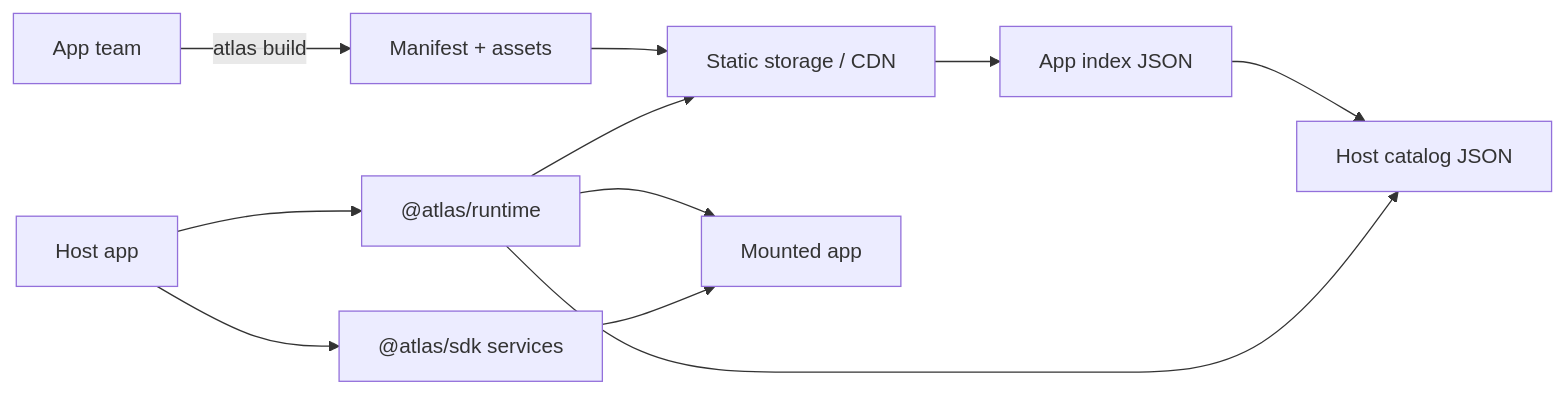
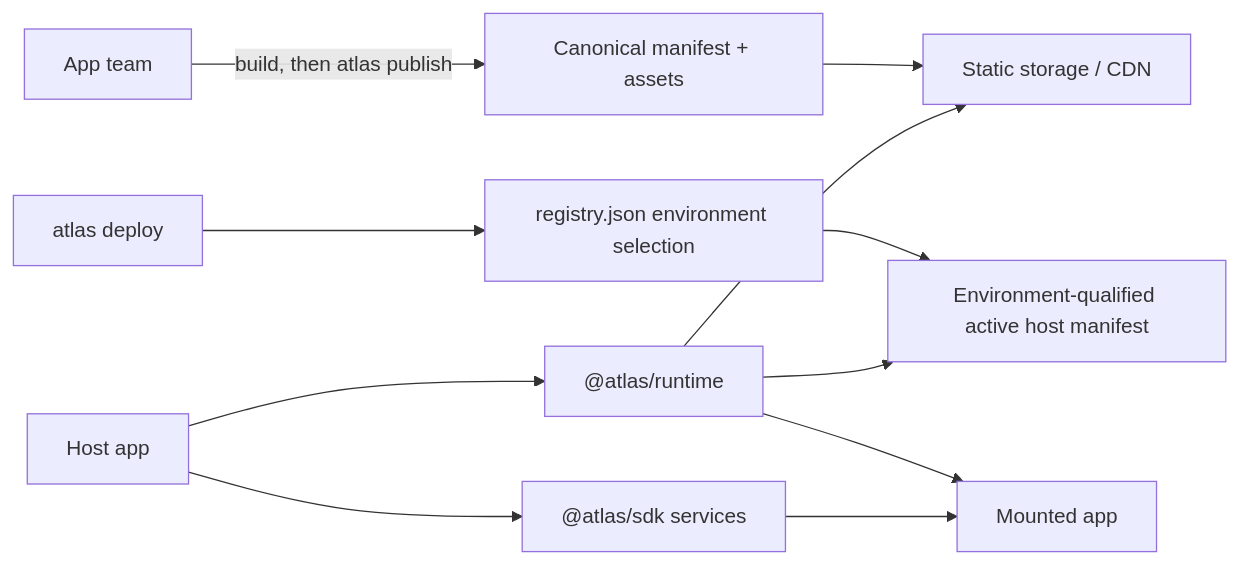
One commit to bendaj11/atlas changed the diagram in docs/overview.md. Above: the diagram before and after it, drawn with Mermaid. The commit also changed other lines of this file and 413 other files, not shown here.

First line of the commit message:
feat(platform): evolve app and host delivery

````diff
--- a/docs/overview.md
+++ b/docs/overview.md
@@ -27,13 +28,13 @@
 ```mermaid
 flowchart LR
-  AppTeam["App team"] -->|"atlas build"| Manifest["Manifest + assets"]
-  Manifest --> CDN["Static storage / CDN"]
-  CDN --> Index["App index JSON"]
-  Index --> Catalog["Host catalog JSON"]
+  AppTeam["App team"] -->|"build, then atlas publish"| Artifact["Canonical manifest + assets"]
+  Artifact --> CDN["Static storage / CDN"]
+  Deploy["atlas deploy"] --> Registry["registry.json environment selection"]
+  Registry --> Active["Environment-qualified active host manifest"]
   Host["Host app"] --> Runtime["@atlas/runtime"]
-  Runtime --> Catalog
+  Runtime --> Active
   Runtime --> CDN
   Runtime --> Mounted["Mounted app"]
   Host --> SDK["@atlas/sdk services"]
   SDK --> Mounted
 ```
````
